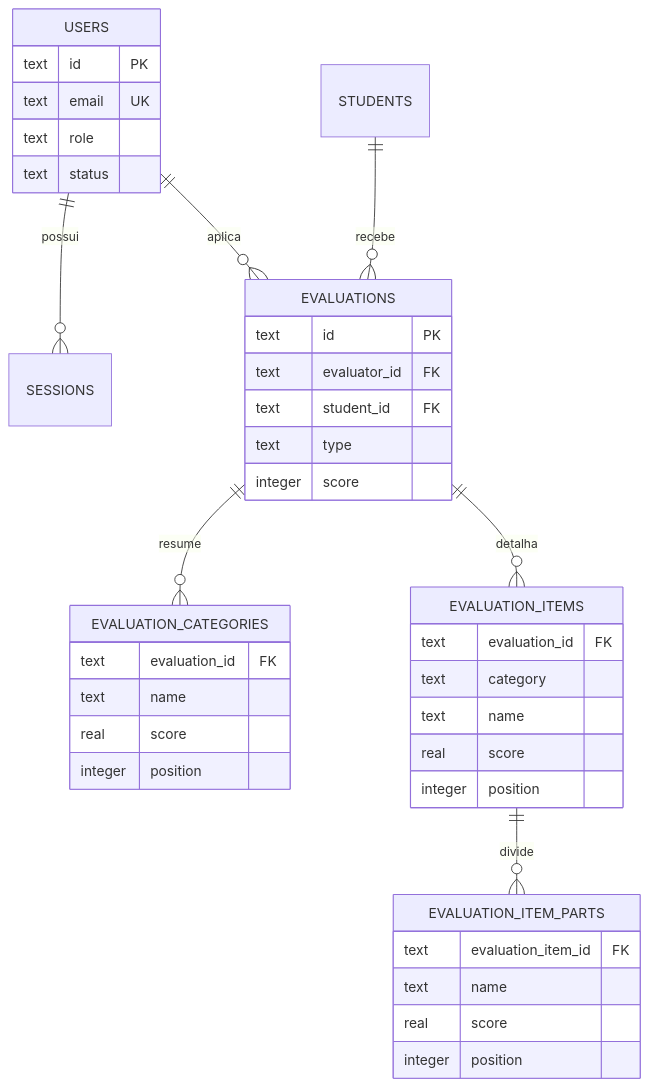
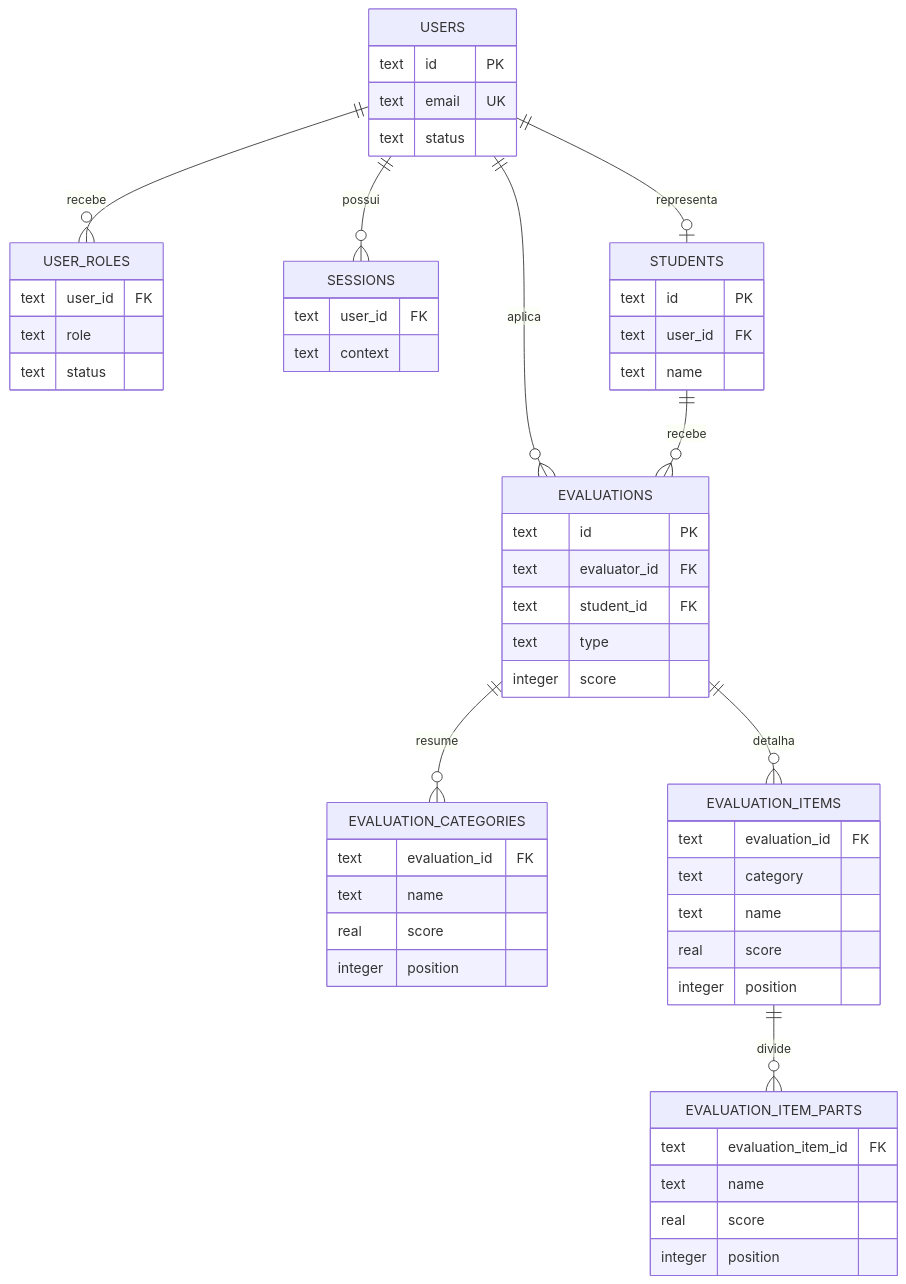
Before and after one commit to ArthurViniNunes/judo-exam-platform: the fourth of 4 diagrams in docs/architecture/README.md, drawn with Mermaid. The commit also changed other lines of this file and 14 other files, not shown here.

````diff
--- a/docs/architecture/README.md
+++ b/docs/architecture/README.md
@@ -101,42 +104,57 @@
 ```mermaid
 erDiagram
+  USERS ||--o{ USER_ROLES : recebe
   USERS ||--o{ SESSIONS : possui
+  USERS ||--o| STUDENTS : representa
   USERS ||--o{ EVALUATIONS : aplica
   STUDENTS ||--o{ EVALUATIONS : recebe
   EVALUATIONS ||--o{ EVALUATION_CATEGORIES : resume
   EVALUATIONS ||--o{ EVALUATION_ITEMS : detalha
   EVALUATION_ITEMS ||--o{ EVALUATION_ITEM_PARTS : divide
 
   USERS {
     text id PK
     text email UK
+    text status
+  }
+  USER_ROLES {
+    text user_id FK
     text role
     text status
+  }
+  SESSIONS {
+    text user_id FK
+    text context
+  }
+  STUDENTS {
+    text id PK
+    text user_id FK
+    text name
   }
   EVALUATIONS {
     text id PK
     text evaluator_id FK
     text student_id FK
     text type
     integer score
   }
   EVALUATION_CATEGORIES {
     text evaluation_id FK
     text name
     real score
     integer position
   }
   EVALUATION_ITEMS {
     text evaluation_id FK
     text category
     text name
     real score
     integer position
   }
   EVALUATION_ITEM_PARTS {
     text evaluation_item_id FK
     text name
     real score
     integer position
   }
 ```
````
